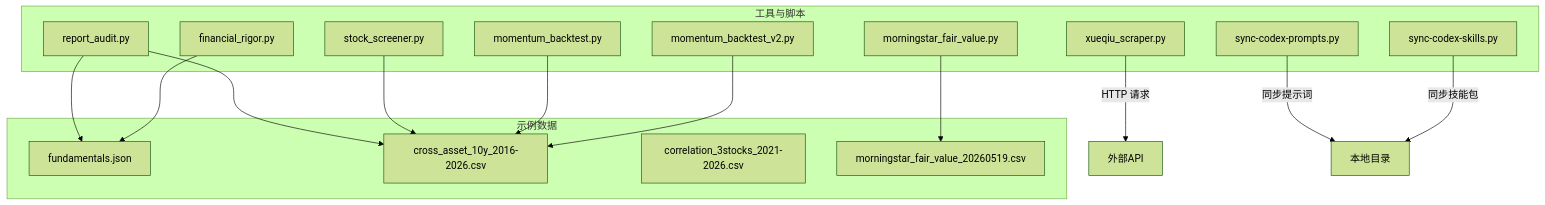
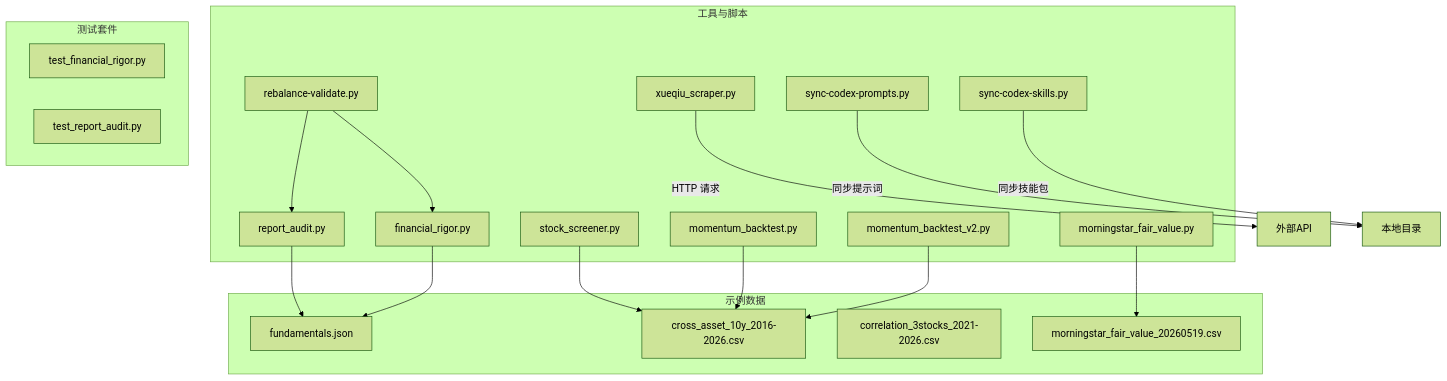
Before and after one commit to Ted-Engineer/ai-berkshire: the first of 11 diagrams in .qoder/repowiki/zh/content/开发者指南/测试与质量保证.md, drawn with Mermaid (forest theme). The commit also changed other lines of this file and 16 other files, not shown here.

````diff
--- a/.qoder/repowiki/zh/content/开发者指南/测试与质量保证.md
+++ b/.qoder/repowiki/zh/content/开发者指南/测试与质量保证.md
@@ -38,30 +50,36 @@
 ```mermaid
 graph TB
 subgraph "工具与脚本"
-A["report_audit.py"]
-B["financial_rigor.py"]
-C["morningstar_fair_value.py"]
-D["stock_screener.py"]
-E["xueqiu_scraper.py"]
-F["momentum_backtest.py"]
-G["momentum_backtest_v2.py"]
-H["sync-codex-prompts.py"]
-I["sync-codex-skills.py"]
+A["rebalance-validate.py"]
+B["report_audit.py"]
+C["financial_rigor.py"]
+D["morningstar_fair_value.py"]
+E["stock_screener.py"]
+F["xueqiu_scraper.py"]
+G["momentum_backtest.py"]
+H["momentum_backtest_v2.py"]
+I["sync-codex-prompts.py"]
+J["sync-codex-skills.py"]
+end
+subgraph "测试套件"
+K["test_financial_rigor.py"]
+L["test_report_audit.py"]
 end
 subgraph "示例数据"
-J["fundamentals.json"]
-K["cross_asset_10y_2016-2026.csv"]
-L["correlation_3stocks_2021-2026.csv"]
-M["morningstar_fair_value_20260519.csv"]
+M["fundamentals.json"]
+N["cross_asset_10y_2016-2026.csv"]
+O["correlation_3stocks_2021-2026.csv"]
+P["morningstar_fair_value_20260519.csv"]
 end
-A --> J
-A --> K
-B --> J
+A --> B
+A --> C
+B --> M
 C --> M
-D --> K
-E --> |"HTTP 请求"| 外部API
-F --> K
-G --> K
-H --> |"同步提示词"| 本地目录
-I --> |"同步技能包"| 本地目录
+D --> P
+E --> N
+F --> |"HTTP 请求"| 外部API
+G --> N
+H --> N
+I --> |"同步提示词"| 本地目录
+J --> |"同步技能包"| 本地目录
 ```
````
